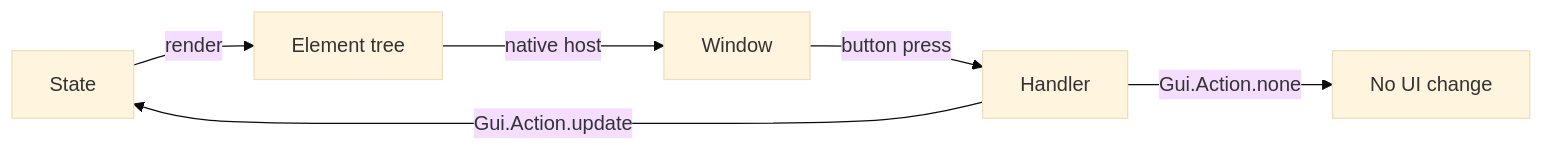
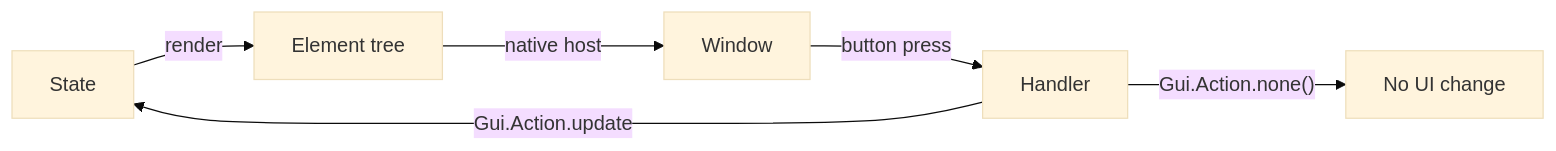
One commit to lukewilliamboswell/roc-gui changed the diagram in docs/overview.adoc. Above: the diagram before and after it, drawn with Mermaid (base theme). The commit also changed 47 other files, not shown here.

```diff
--- a/docs/overview.adoc
+++ b/docs/overview.adoc
@@ -15,9 +15,9 @@
 [mermaid]
 ....
 flowchart LR
     S[State] -->|render| U[Element tree]
     U -->|native host| W[Window]
     W -->|button press| H[Handler]
     H -->|Gui.Action.update| S
-    H -->|Gui.Action.none| N[No UI change]
+    H -->|"Gui.Action.none()"| N[No UI change]
 ....
```
